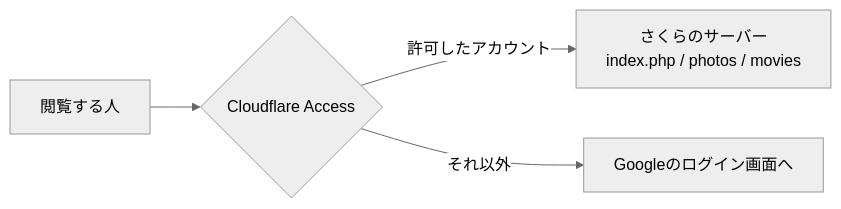
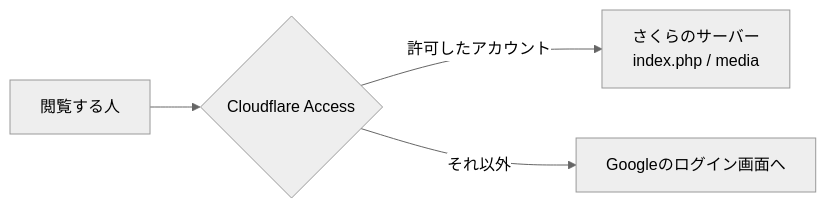
Before and after one commit to kwaka1208/media-library: the diagram in docs/cloudflare-access.md, drawn with Mermaid (neutral theme). The commit also changed other lines of this file and 13 other files, not shown here.

````diff
--- a/docs/cloudflare-access.md
+++ b/docs/cloudflare-access.md
@@ -84,6 +84,6 @@
 ```mermaid
 flowchart LR
     U[閲覧する人] --> CF{Cloudflare Access}
-    CF -->|許可したアカウント| S[さくらのサーバー<br/>index.php / photos / movies]
+    CF -->|許可したアカウント| S[さくらのサーバー<br/>index.php / media]
     CF -->|それ以外| X[Googleのログイン画面へ]
 ```
````
